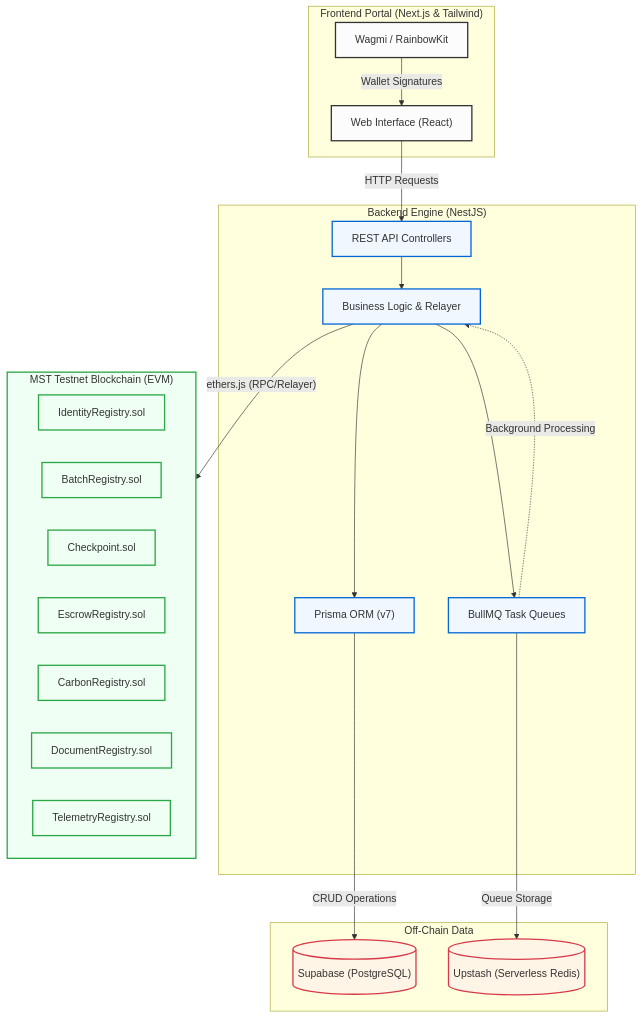
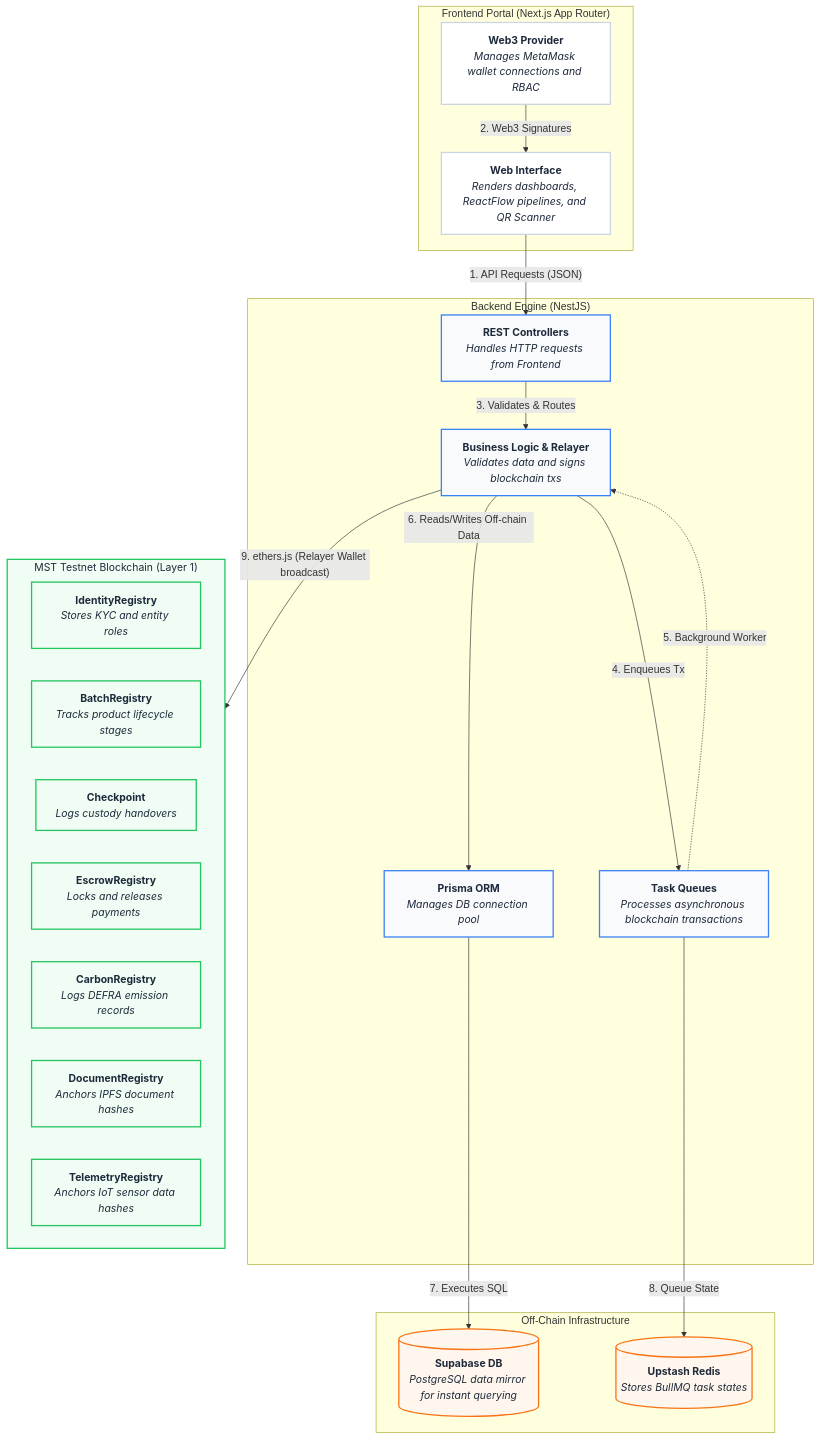
One commit to mohitdeshmukhdev/MST-SupplyChain changed the first of 3 diagrams in README.md. Above: the diagram before and after it, drawn with Mermaid. The commit also changed other lines of this file, not shown here.

Commit message:
Update project name to MST Supply Chain and enhance architecture diagrams

````diff
--- a/README.md
+++ b/README.md
@@ -19,55 +19,56 @@
 ```mermaid
 flowchart TB
     %% Styling
-    classDef client fill:#fcfcfc,stroke:#333,stroke-width:2px;
-    classDef backend fill:#f0f7ff,stroke:#0366d6,stroke-width:2px;
-    classDef db fill:#fff5e6,stroke:#d73a49,stroke-width:2px;
-    classDef blockchain fill:#f0fff4,stroke:#28a745,stroke-width:2px;
-    
-    subgraph Frontend["Frontend Portal (Next.js & Tailwind)"]
-        UI["Web Interface (React)"]
-        Wagmi["Wagmi / RainbowKit"]
+    classDef client fill:#ffffff,stroke:#cbd5e1,stroke-width:2px,color:#1e293b,font-family:Inter;
+    classDef backend fill:#f8fafc,stroke:#3b82f6,stroke-width:2px,color:#1e293b,font-family:Inter;
+    classDef db fill:#fff7ed,stroke:#f97316,stroke-width:2px,color:#1e293b,font-family:Inter;
+    classDef blockchain fill:#f0fdf4,stroke:#22c55e,stroke-width:2px,color:#1e293b,font-family:Inter;
+    classDef note fill:#fefce8,stroke:#eab308,stroke-width:1px,color:#854d0e,font-size:12px,font-style:italic;
+
+    subgraph Frontend["Frontend Portal (Next.js App Router)"]
+        UI["<b>Web Interface</b><br/><i>Renders dashboards, ReactFlow pipelines, and QR Scanner</i>"]
+        Wagmi["<b>Web3 Provider</b><br/><i>Manages MetaMask wallet connections and RBAC</i>"]
     end
     
     subgraph Backend["Backend Engine (NestJS)"]
-        API["REST API Controllers"]
-        Services["Business Logic & Relayer"]
-        Prisma["Prisma ORM (v7)"]
-        BullMQ["BullMQ Task Queues"]
+        API["<b>REST Controllers</b><br/><i>Handles HTTP requests from Frontend</i>"]
+        Services["<b>Business Logic & Relayer</b><br/><i>Validates data and signs blockchain txs</i>"]
+        Prisma["<b>Prisma ORM</b><br/><i>Manages DB connection pool</i>"]
+        BullMQ["<b>Task Queues</b><br/><i>Processes asynchronous blockchain transactions</i>"]
     end
     
-    subgraph Infrastructure["Off-Chain Data"]
-        Supabase[("Supabase (PostgreSQL)")]
-        Upstash[("Upstash (Serverless Redis)")]
+    subgraph Infrastructure["Off-Chain Infrastructure"]
+        Supabase[("<b>Supabase DB</b><br/><i>PostgreSQL data mirror for instant querying</i>")]
+        Upstash[("<b>Upstash Redis</b><br/><i>Stores BullMQ task states</i>")]
     end
     
-    subgraph MSTTestnet["MST Testnet Blockchain (EVM)"]
-        IdentitySC["IdentityRegistry.sol"]
-        BatchSC["BatchRegistry.sol"]
-        CheckpointSC["Checkpoint.sol"]
-        EscrowSC["EscrowRegistry.sol"]
-        CarbonSC["CarbonRegistry.sol"]
-        DocSC["DocumentRegistry.sol"]
-        TelemetrySC["TelemetryRegistry.sol"]
+    subgraph MSTTestnet["MST Testnet Blockchain (Layer 1)"]
+        IdentitySC["<b>IdentityRegistry</b><br/><i>Stores KYC and entity roles</i>"]
+        BatchSC["<b>BatchRegistry</b><br/><i>Tracks product lifecycle stages</i>"]
+        CheckpointSC["<b>Checkpoint</b><br/><i>Logs custody handovers</i>"]
+        EscrowSC["<b>EscrowRegistry</b><br/><i>Locks and releases payments</i>"]
+        CarbonSC["<b>CarbonRegistry</b><br/><i>Logs DEFRA emission records</i>"]
+        DocSC["<b>DocumentRegistry</b><br/><i>Anchors IPFS document hashes</i>"]
+        TelemetrySC["<b>TelemetryRegistry</b><br/><i>Anchors IoT sensor data hashes</i>"]
     end
     
-    %% Connections
-    UI -- "HTTP Requests" --> API
-    Wagmi -- "Wallet Signatures" --> UI
+    %% Connections with descriptions
+    UI -- "1. API Requests (JSON)" --> API
+    Wagmi -- "2. Web3 Signatures" --> UI
     
-    API --> Services
-    Services --> BullMQ
-    BullMQ -. "Background Processing" .-> Services
+    API -- "3. Validates & Routes" --> Services
+    Services -- "4. Enqueues Tx" --> BullMQ
+    BullMQ -. "5. Background Worker" .-> Services
     
-    Services --> Prisma
-    Prisma -- "CRUD Operations" --> Supabase
-    BullMQ -- "Queue Storage" --> Upstash
+    Services -- "6. Reads/Writes Off-chain Data" --> Prisma
+    Prisma -- "7. Executes SQL" --> Supabase
+    BullMQ -- "8. Queue State" --> Upstash
     
-    Services -- "ethers.js (RPC/Relayer)" --> MSTTestnet
+    Services -- "9. ethers.js (Relayer Wallet broadcast)" --> MSTTestnet
     
     %% Apply classes
     class UI,Wagmi client;
     class API,Services,Prisma,BullMQ backend;
     class Supabase,Upstash db;
     class MSTTestnet,IdentitySC,BatchSC,CheckpointSC,EscrowSC,CarbonSC,DocSC,TelemetrySC blockchain;
 ```
````
